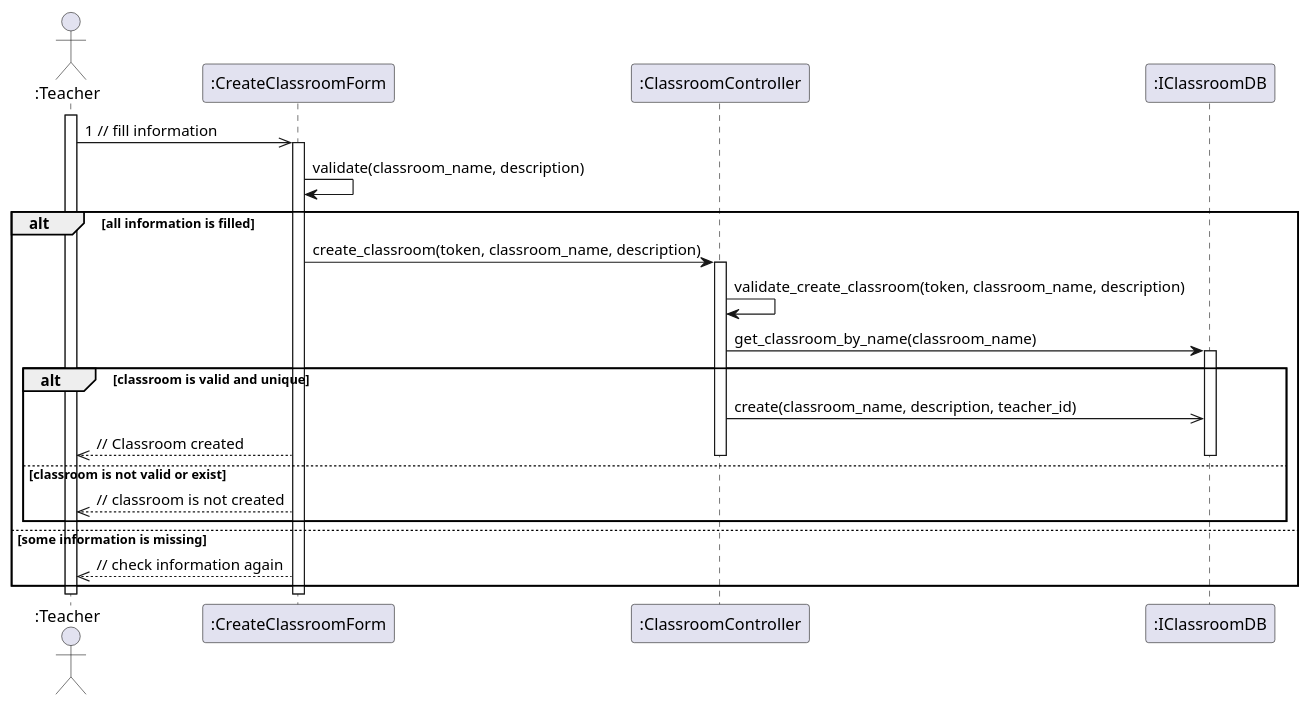
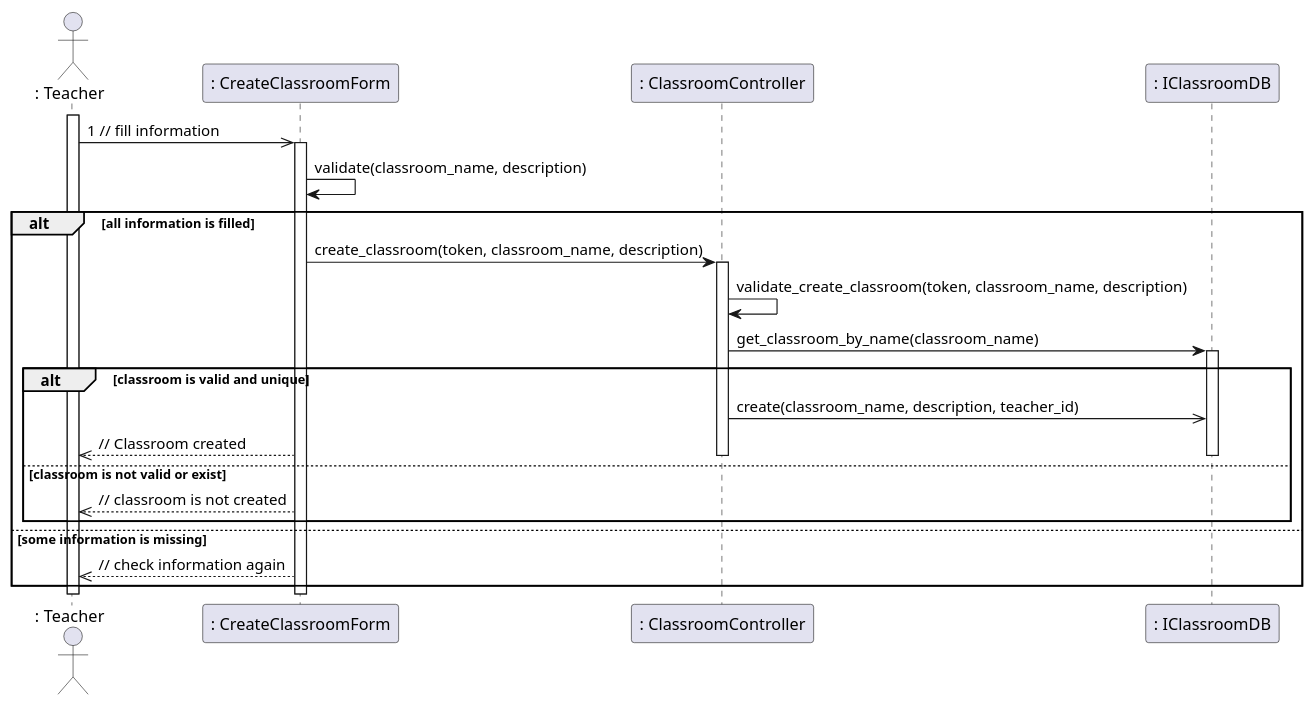
The diagram in sequence - design/classroom/createClass.plantuml (anonyhostvn/OOAD-Diagram), drawn with PlantUML before and after one commit. The commit also changed 13 other files, not shown here.

```diff
--- a/sequence - design/classroom/createClass.plantuml
+++ b/sequence - design/classroom/createClass.plantuml
@@ -1,30 +1,30 @@
 @startuml createClass
 
-actor ":Teacher"
+actor ": Teacher"
 
-activate ":Teacher"
-":Teacher" ->> ":CreateClassroomForm": 1 // fill information
-activate ":CreateClassroomForm"
-":CreateClassroomForm" -> ":CreateClassroomForm": validate(classroom_name, description)
+activate ": Teacher"
+": Teacher" ->> ": CreateClassroomForm": 1 // fill information
+activate ": CreateClassroomForm"
+": CreateClassroomForm" -> ": CreateClassroomForm": validate(classroom_name, description)
 alt all information is filled
-    ":CreateClassroomForm" -> ":ClassroomController": create_classroom(token, classroom_name, description)
-    activate ":ClassroomController"
-    ":ClassroomController" -> ":ClassroomController": validate_create_classroom(token, classroom_name, description)
-    ":ClassroomController" -> ":IClassroomDB": get_classroom_by_name(classroom_name)
-    activate ":IClassroomDB"
+    ": CreateClassroomForm" -> ": ClassroomController": create_classroom(token, classroom_name, description)
+    activate ": ClassroomController"
+    ": ClassroomController" -> ": ClassroomController": validate_create_classroom(token, classroom_name, description)
+    ": ClassroomController" -> ": IClassroomDB": get_classroom_by_name(classroom_name)
+    activate ": IClassroomDB"
     alt classroom is valid and unique
-        ":ClassroomController" ->> ":IClassroomDB": create(classroom_name, description, teacher_id)
-        ":CreateClassroomForm" -->> ":Teacher": // Classroom created
+        ": ClassroomController" ->> ": IClassroomDB": create(classroom_name, description, teacher_id)
+        ": CreateClassroomForm" -->> ": Teacher": // Classroom created
     else classroom is not valid or exist
-        deactivate ":IClassroomDB"
-        deactivate ":ClassroomController"
-        ":CreateClassroomForm" -->> ":Teacher": // classroom is not created
+        deactivate ": IClassroomDB"
+        deactivate ": ClassroomController"
+        ": CreateClassroomForm" -->> ": Teacher": // classroom is not created
     end
 else some information is missing
-    ":CreateClassroomForm" -->> ":Teacher": // check information again
+    ": CreateClassroomForm" -->> ": Teacher": // check information again
 end
 
-deactivate ":CreateClassroomForm"
-deactivate ":Teacher"
+deactivate ": CreateClassroomForm"
+deactivate ": Teacher"
 
 @enduml
```
